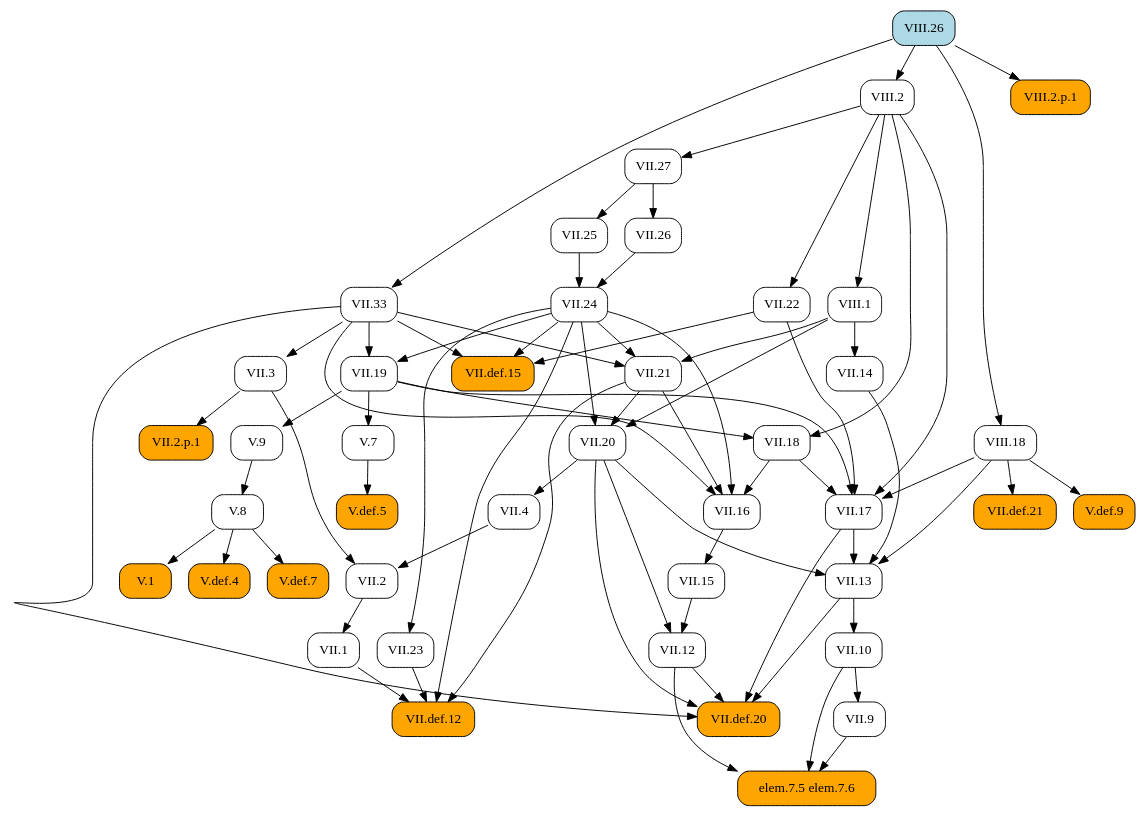
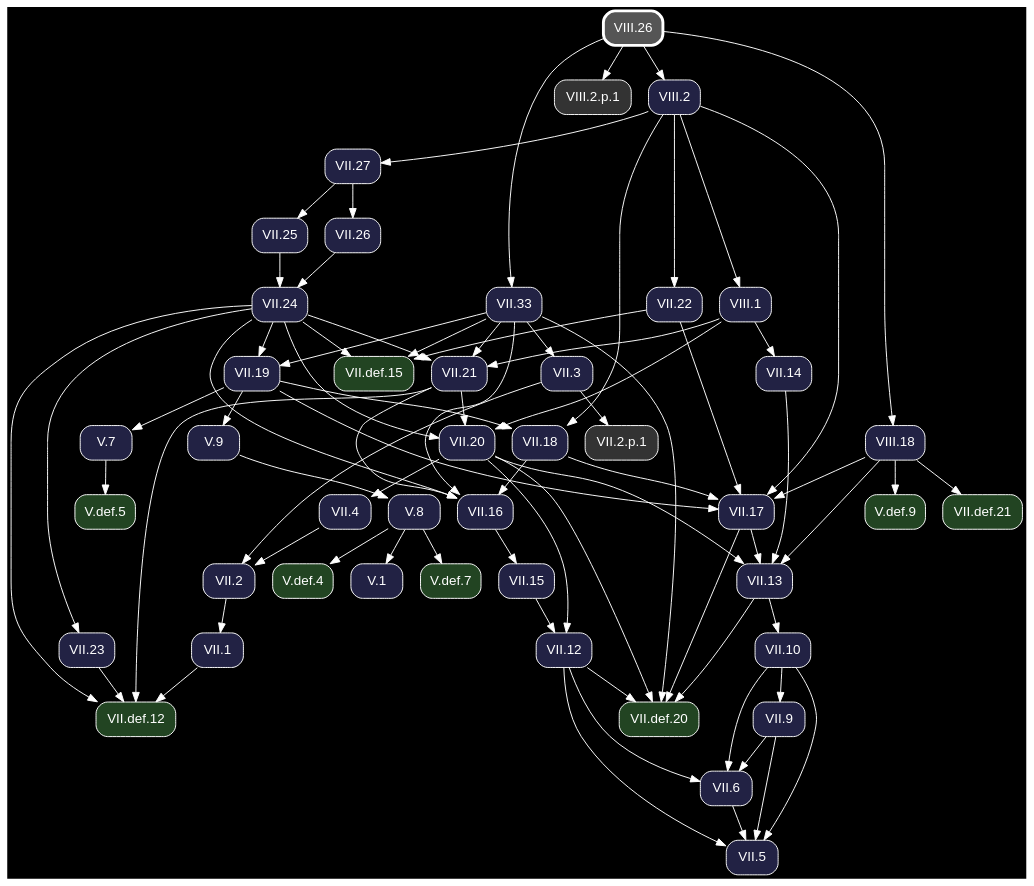
The diagram in docsrc/heath/VIII/26/index.rst (geometor/elements), drawn with Graphviz before and after one commit. The commit also changed other lines of this file and 1200 other files, not shown here.

Commit message:
update dependency graphs

```diff
--- a/docsrc/heath/VIII/26/index.rst
+++ b/docsrc/heath/VIII/26/index.rst
@@ -30,85 +30,58 @@
 .. graphviz::
 
    digraph {
+     bgcolor="black";
+     node [shape=box, style="rounded,filled", fontname="Helvetica", color="white", fontcolor="white"];
+     edge [color="white", fontcolor="white"];
      rankdir="TB";
-     node [shape=box, style=rounded];
-     "VII.33" [URL="/heath/VII/33/", target="_top"];
-     "VII.12" [URL="/heath/VII/12/", target="_top"];
-     "elem.7.5 elem.7.6" [style="rounded,filled", fillcolor=orange];
-     "VII.9" [URL="/heath/VII/9/", target="_top"];
-     "VIII.2" [URL="/heath/VIII/2/", target="_top"];
-     "VII.18" [URL="/heath/VII/18/", target="_top"];
-     "VII.16" [URL="/heath/VII/16/", target="_top"];
-     "V.7" [URL="/heath/V/7/", target="_top"];
-     "VII.26" [URL="/heath/VII/26/", target="_top"];
-     "V.def.5" [style="rounded,filled", fillcolor=orange, URL="/heath/V/def.5/", target="_top"];
-     "V.9" [URL="/heath/V/9/", target="_top"];
-     "VII.10" [URL="/heath/VII/10/", target="_top"];
-     "VIII.26" [style="rounded,filled", fillcolor=lightblue, URL="/heath/VIII/26/", target="_top"];
-     "VII.13" [URL="/heath/VII/13/", target="_top"];
-     "VIII.18" [URL="/heath/VIII/18/", target="_top"];
-     "VII.def.15" [style="rounded,filled", fillcolor=orange, URL="/heath/VII/def.15/", target="_top"];
-     "VII.17" [URL="/heath/VII/17/", target="_top"];
-     "VIII.2.p.1" [style="rounded,filled", fillcolor=orange];
-     "VII.19" [URL="/heath/VII/19/", target="_top"];
-     "VII.2" [URL="/heath/VII/2/", target="_top"];
-     "VII.def.20" [style="rounded,filled", fillcolor=orange, URL="/heath/VII/def.20/", target="_top"];
-     "VII.2.p.1" [style="rounded,filled", fillcolor=orange];
-     "VII.15" [URL="/heath/VII/15/", target="_top"];
-     "V.def.4" [style="rounded,filled", fillcolor=orange, URL="/heath/V/def.4/", target="_top"];
-     "V.def.7" [style="rounded,filled", fillcolor=orange, URL="/heath/V/def.7/", target="_top"];
-     "VII.14" [URL="/heath/VII/14/", target="_top"];
-     "VII.27" [URL="/heath/VII/27/", target="_top"];
-     "VII.21" [URL="/heath/VII/21/", target="_top"];
-     "VII.22" [URL="/heath/VII/22/", target="_top"];
-     "VII.25" [URL="/heath/VII/25/", target="_top"];
-     "VIII.1" [URL="/heath/VIII/1/", target="_top"];
-     "VII.1" [URL="/heath/VII/1/", target="_top"];
-     "V.8" [URL="/heath/V/8/", target="_top"];
-     "VII.23" [URL="/heath/VII/23/", target="_top"];
-     "VII.4" [URL="/heath/VII/4/", target="_top"];
-     "VII.def.12" [style="rounded,filled", fillcolor=orange, URL="/heath/VII/def.12/", target="_top"];
-     "V.1" [style="rounded,filled", fillcolor=orange, URL="/heath/V/1/", target="_top"];
-     "V.def.9" [style="rounded,filled", fillcolor=orange, URL="/heath/V/def.9/", target="_top"];
-     "VII.3" [URL="/heath/VII/3/", target="_top"];
-     "VII.24" [URL="/heath/VII/24/", target="_top"];
-     "VII.20" [URL="/heath/VII/20/", target="_top"];
-     "VII.def.21" [style="rounded,filled", fillcolor=orange, URL="/heath/VII/def.21/", target="_top"];
+     "VII.33" [fillcolor="#222244", URL="/heath/VII/33/", target="_top"];
+     "V.def.5" [fillcolor="#224422", URL="/heath/V/def.5/", target="_top"];
+     "V.def.9" [fillcolor="#224422", URL="/heath/V/def.9/", target="_top"];
+     "VII.18" [fillcolor="#222244", URL="/heath/VII/18/", target="_top"];
+     "VII.2" [fillcolor="#222244", URL="/heath/VII/2/", target="_top"];
+     "VIII.26" [penwidth=3, color="white", fillcolor="#555555", URL="/heath/VIII/26/", target="_top"];
+     "VII.def.20" [fillcolor="#224422", URL="/heath/VII/def.20/", target="_top"];
+     "VII.26" [fillcolor="#222244", URL="/heath/VII/26/", target="_top"];
+     "VII.1" [fillcolor="#222244", URL="/heath/VII/1/", target="_top"];
+     "VII.13" [fillcolor="#222244", URL="/heath/VII/13/", target="_top"];
+     "VIII.2.p.1" [fillcolor="#333333"];
+     "VII.27" [fillcolor="#222244", URL="/heath/VII/27/", target="_top"];
+     "VII.4" [fillcolor="#222244", URL="/heath/VII/4/", target="_top"];
+     "VII.25" [fillcolor="#222244", URL="/heath/VII/25/", target="_top"];
+     "VII.21" [fillcolor="#222244", URL="/heath/VII/21/", target="_top"];
+     "VII.9" [fillcolor="#222244", URL="/heath/VII/9/", target="_top"];
+     "V.7" [fillcolor="#222244", URL="/heath/V/7/", target="_top"];
+     "VII.12" [fillcolor="#222244", URL="/heath/VII/12/", target="_top"];
+     "V.9" [fillcolor="#222244", URL="/heath/V/9/", target="_top"];
+     "VII.17" [fillcolor="#222244", URL="/heath/VII/17/", target="_top"];
+     "VII.24" [fillcolor="#222244", URL="/heath/VII/24/", target="_top"];
+     "VII.22" [fillcolor="#222244", URL="/heath/VII/22/", target="_top"];
+     "VIII.2" [fillcolor="#222244", URL="/heath/VIII/2/", target="_top"];
+     "V.def.7" [fillcolor="#224422", URL="/heath/V/def.7/", target="_top"];
+     "VII.20" [fillcolor="#222244", URL="/heath/VII/20/", target="_top"];
+     "V.def.4" [fillcolor="#224422", URL="/heath/V/def.4/", target="_top"];
+     "VIII.18" [fillcolor="#222244", URL="/heath/VIII/18/", target="_top"];
+     "VII.5" [fillcolor="#222244", URL="/heath/VII/5/", target="_top"];
+     "VII.def.15" [fillcolor="#224422", URL="/heath/VII/def.15/", target="_top"];
+     "VII.2.p.1" [fillcolor="#333333"];
+     "VII.6" [fillcolor="#222244", URL="/heath/VII/6/", target="_top"];
+     "VII.16" [fillcolor="#222244", URL="/heath/VII/16/", target="_top"];
+     "VII.15" [fillcolor="#222244", URL="/heath/VII/15/", target="_top"];
+     "V.1" [fillcolor="#222244", URL="/heath/V/1/", target="_top"];
+     "VII.10" [fillcolor="#222244", URL="/heath/VII/10/", target="_top"];
+     "VII.23" [fillcolor="#222244", URL="/heath/VII/23/", target="_top"];
+     "VII.def.12" [fillcolor="#224422", URL="/heath/VII/def.12/", target="_top"];
+     "VII.19" [fillcolor="#222244", URL="/heath/VII/19/", target="_top"];
+     "VII.def.21" [fillcolor="#224422", URL="/heath/VII/def.21/", target="_top"];
+     "VIII.1" [fillcolor="#222244", URL="/heath/VIII/1/", target="_top"];
+     "V.8" [fillcolor="#222244", URL="/heath/V/8/", target="_top"];
+     "VII.3" [fillcolor="#222244", URL="/heath/VII/3/", target="_top"];
+     "VII.14" [fillcolor="#222244", URL="/heath/VII/14/", target="_top"];
      "VIII.26" -> "VII.33";
-     "VII.15" -> "VII.12";
-     "VII.20" -> "VII.12";
-     "VII.9" -> "elem.7.5 elem.7.6";
-     "VII.10" -> "elem.7.5 elem.7.6";
-     "VII.12" -> "elem.7.5 elem.7.6";
-     "VII.10" -> "VII.9";
-     "VIII.26" -> "VIII.2";
+     "V.7" -> "V.def.5";
+     "VIII.18" -> "V.def.9";
      "VII.19" -> "VII.18";
      "VIII.2" -> "VII.18";
-     "VII.18" -> "VII.16";
-     "VII.21" -> "VII.16";
-     "VII.24" -> "VII.16";
-     "VII.33" -> "VII.16";
-     "VII.19" -> "V.7";
-     "VII.27" -> "VII.26";
-     "V.7" -> "V.def.5";
-     "VII.19" -> "V.9";
-     "VII.13" -> "VII.10";
-     "VII.14" -> "VII.13";
-     "VII.17" -> "VII.13";
-     "VII.20" -> "VII.13";
-     "VIII.18" -> "VII.13";
-     "VIII.26" -> "VIII.18";
-     "VII.22" -> "VII.def.15";
-     "VII.24" -> "VII.def.15";
-     "VII.33" -> "VII.def.15";
-     "VII.18" -> "VII.17";
-     "VII.19" -> "VII.17";
-     "VII.22" -> "VII.17";
-     "VIII.2" -> "VII.17";
-     "VIII.18" -> "VII.17";
-     "VIII.26" -> "VIII.2.p.1";
-     "VII.24" -> "VII.19";
-     "VII.33" -> "VII.19";
      "VII.3" -> "VII.2";
      "VII.4" -> "VII.2";
      "VII.12" -> "VII.def.20";
@@ -116,33 +89,67 @@
      "VII.17" -> "VII.def.20";
      "VII.20" -> "VII.def.20";
      "VII.33" -> "VII.def.20";
-     "VII.3" -> "VII.2.p.1";
-     "VII.16" -> "VII.15";
-     "V.8" -> "V.def.4";
-     "V.8" -> "V.def.7";
-     "VIII.1" -> "VII.14";
+     "VII.27" -> "VII.26";
+     "VII.2" -> "VII.1";
+     "VII.14" -> "VII.13";
+     "VII.17" -> "VII.13";
+     "VII.20" -> "VII.13";
+     "VIII.18" -> "VII.13";
+     "VIII.26" -> "VIII.2.p.1";
      "VIII.2" -> "VII.27";
+     "VII.20" -> "VII.4";
+     "VII.27" -> "VII.25";
      "VII.24" -> "VII.21";
      "VII.33" -> "VII.21";
      "VIII.1" -> "VII.21";
+     "VII.10" -> "VII.9";
+     "VII.19" -> "V.7";
+     "VII.15" -> "VII.12";
+     "VII.20" -> "VII.12";
+     "VII.19" -> "V.9";
+     "VII.18" -> "VII.17";
+     "VII.19" -> "VII.17";
+     "VII.22" -> "VII.17";
+     "VIII.2" -> "VII.17";
+     "VIII.18" -> "VII.17";
+     "VII.25" -> "VII.24";
+     "VII.26" -> "VII.24";
      "VIII.2" -> "VII.22";
-     "VII.27" -> "VII.25";
-     "VIII.2" -> "VIII.1";
-     "VII.2" -> "VII.1";
-     "V.9" -> "V.8";
+     "VIII.26" -> "VIII.2";
+     "V.8" -> "V.def.7";
+     "VII.21" -> "VII.20";
+     "VII.24" -> "VII.20";
+     "VIII.1" -> "VII.20";
+     "V.8" -> "V.def.4";
+     "VIII.26" -> "VIII.18";
+     "VII.6" -> "VII.5";
+     "VII.9" -> "VII.5";
+     "VII.10" -> "VII.5";
+     "VII.12" -> "VII.5";
+     "VII.22" -> "VII.def.15";
+     "VII.24" -> "VII.def.15";
+     "VII.33" -> "VII.def.15";
+     "VII.3" -> "VII.2.p.1";
+     "VII.9" -> "VII.6";
+     "VII.10" -> "VII.6";
+     "VII.12" -> "VII.6";
+     "VII.18" -> "VII.16";
+     "VII.21" -> "VII.16";
+     "VII.24" -> "VII.16";
+     "VII.33" -> "VII.16";
+     "VII.16" -> "VII.15";
+     "V.8" -> "V.1";
+     "VII.13" -> "VII.10";
      "VII.24" -> "VII.23";
-     "VII.20" -> "VII.4";
      "VII.1" -> "VII.def.12";
      "VII.21" -> "VII.def.12";
      "VII.23" -> "VII.def.12";
      "VII.24" -> "VII.def.12";
-     "V.8" -> "V.1";
-     "VIII.18" -> "V.def.9";
+     "VII.24" -> "VII.19";
+     "VII.33" -> "VII.19";
+     "VIII.18" -> "VII.def.21";
+     "VIII.2" -> "VIII.1";
+     "V.9" -> "V.8";
      "VII.33" -> "VII.3";
-     "VII.25" -> "VII.24";
-     "VII.26" -> "VII.24";
-     "VII.21" -> "VII.20";
-     "VII.24" -> "VII.20";
-     "VIII.1" -> "VII.20";
-     "VIII.18" -> "VII.def.21";
+     "VIII.1" -> "VII.14";
    }
```
